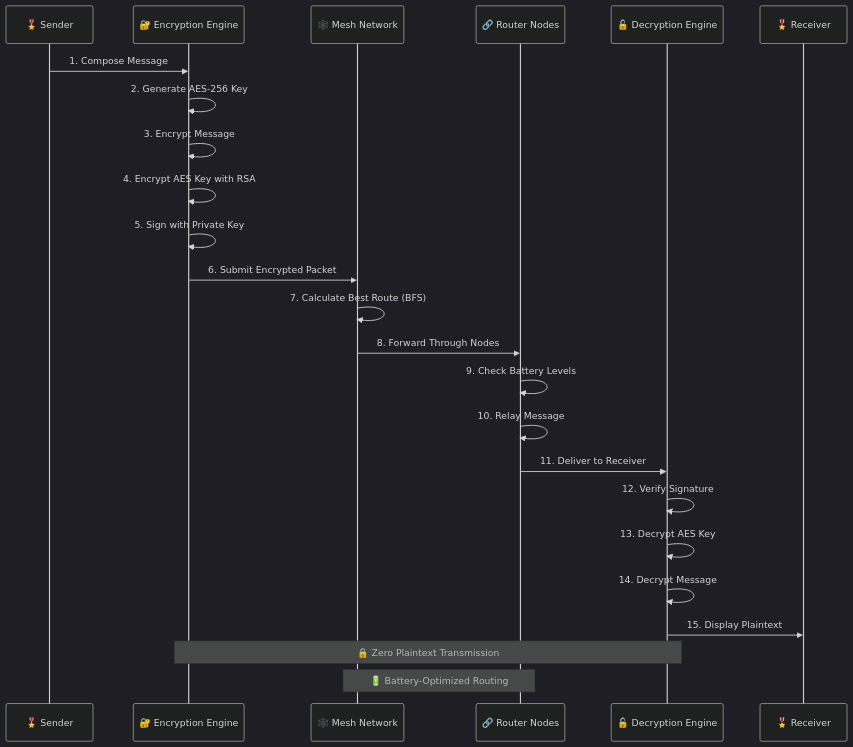
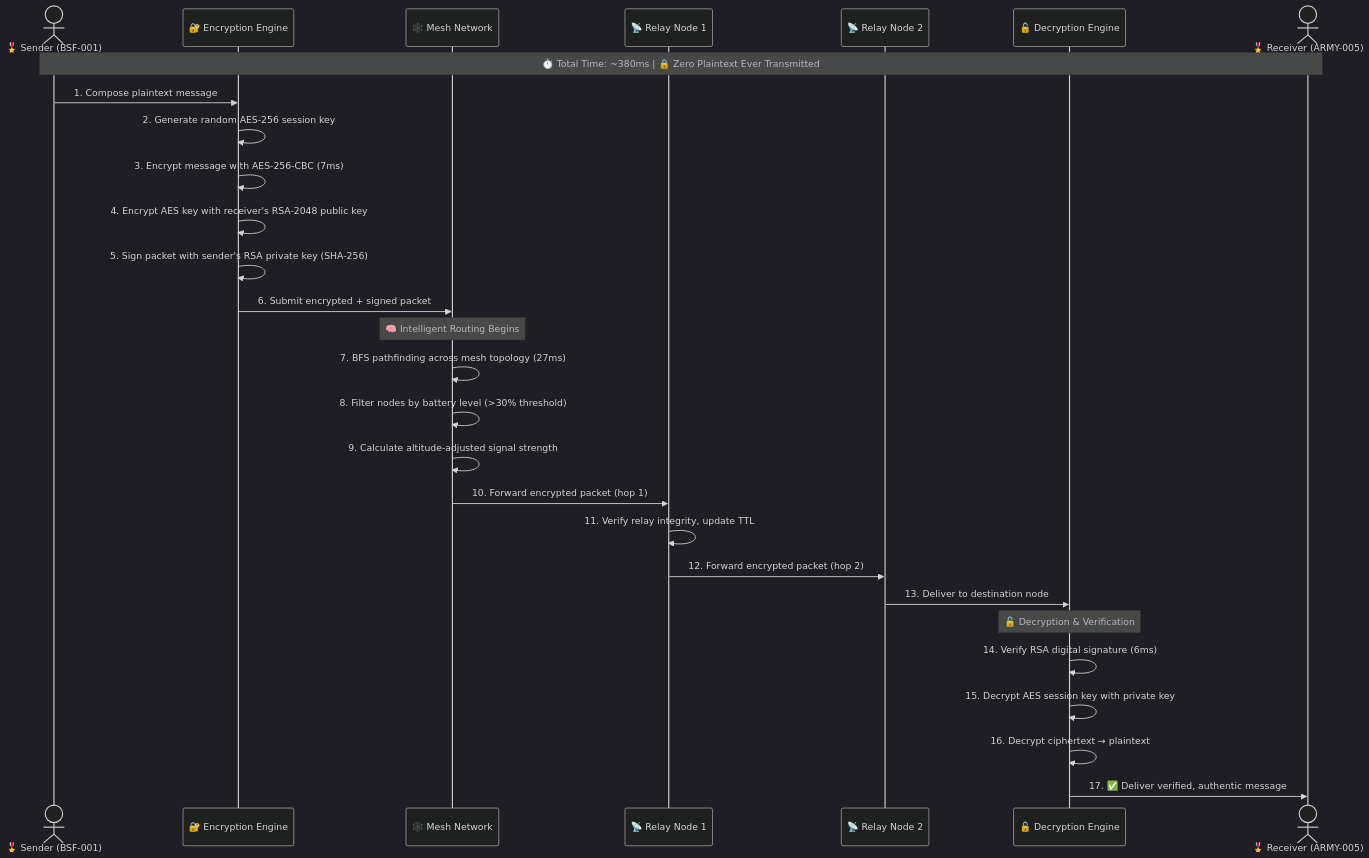
One commit to SiddharthKumar268/Shunya changed the first of 11 diagrams in README.md. Above: the diagram before and after it, drawn with Mermaid (dark theme). The commit also changed other lines of this file, not shown here.

````diff
--- a/README.md
+++ b/README.md
@@ -157,28 +95,36 @@
 ```mermaid
 sequenceDiagram
-    participant A as 🎖️ Sender
-    participant E as 🔐 Encryption Engine
-    participant M as 🕸️ Mesh Network
-    participant R as 🔗 Router Nodes
-    participant D as 🔓 Decryption Engine
-    participant B as 🎖️ Receiver
-    
-    A->>E: 1. Compose Message
-    E->>E: 2. Generate AES-256 Key
-    E->>E: 3. Encrypt Message
-    E->>E: 4. Encrypt AES Key with RSA
-    E->>E: 5. Sign with Private Key
-    E->>M: 6. Submit Encrypted Packet
-    M->>M: 7. Calculate Best Route (BFS)
-    M->>R: 8. Forward Through Nodes
-    R->>R: 9. Check Battery Levels
-    R->>R: 10. Relay Message
-    R->>D: 11. Deliver to Receiver
-    D->>D: 12. Verify Signature
-    D->>D: 13. Decrypt AES Key
-    D->>D: 14. Decrypt Message
-    D->>B: 15. Display Plaintext
-    
-    Note over E,D: 🔒 Zero Plaintext Transmission
-    Note over M,R: 🔋 Battery-Optimized Routing
+    actor S as 🎖️ Sender (BSF-001)
+    participant EE as 🔐 Encryption Engine
+    participant MN as 🕸️ Mesh Network
+    participant R1 as 📡 Relay Node 1
+    participant R2 as 📡 Relay Node 2
+    participant DE as 🔓 Decryption Engine
+    actor R as 🎖️ Receiver (ARMY-005)
+
+    Note over S,R: ⏱️ Total Time: ~380ms | 🔒 Zero Plaintext Ever Transmitted
+
+    S->>EE: 1. Compose plaintext message
+    EE->>EE: 2. Generate random AES-256 session key
+    EE->>EE: 3. Encrypt message with AES-256-CBC (7ms)
+    EE->>EE: 4. Encrypt AES key with receiver's RSA-2048 public key
+    EE->>EE: 5. Sign packet with sender's RSA private key (SHA-256)
+    EE->>MN: 6. Submit encrypted + signed packet
+
+    Note over MN: 🧠 Intelligent Routing Begins
+
+    MN->>MN: 7. BFS pathfinding across mesh topology (27ms)
+    MN->>MN: 8. Filter nodes by battery level (>30% threshold)
+    MN->>MN: 9. Calculate altitude-adjusted signal strength
+    MN->>R1: 10. Forward encrypted packet (hop 1)
+    R1->>R1: 11. Verify relay integrity, update TTL
+    R1->>R2: 12. Forward encrypted packet (hop 2)
+    R2->>DE: 13. Deliver to destination node
+
+    Note over DE: 🔓 Decryption & Verification
+
+    DE->>DE: 14. Verify RSA digital signature (6ms)
+    DE->>DE: 15. Decrypt AES session key with private key
+    DE->>DE: 16. Decrypt ciphertext → plaintext
+    DE->>R: 17. ✅ Deliver verified, authentic message
 ```
````
